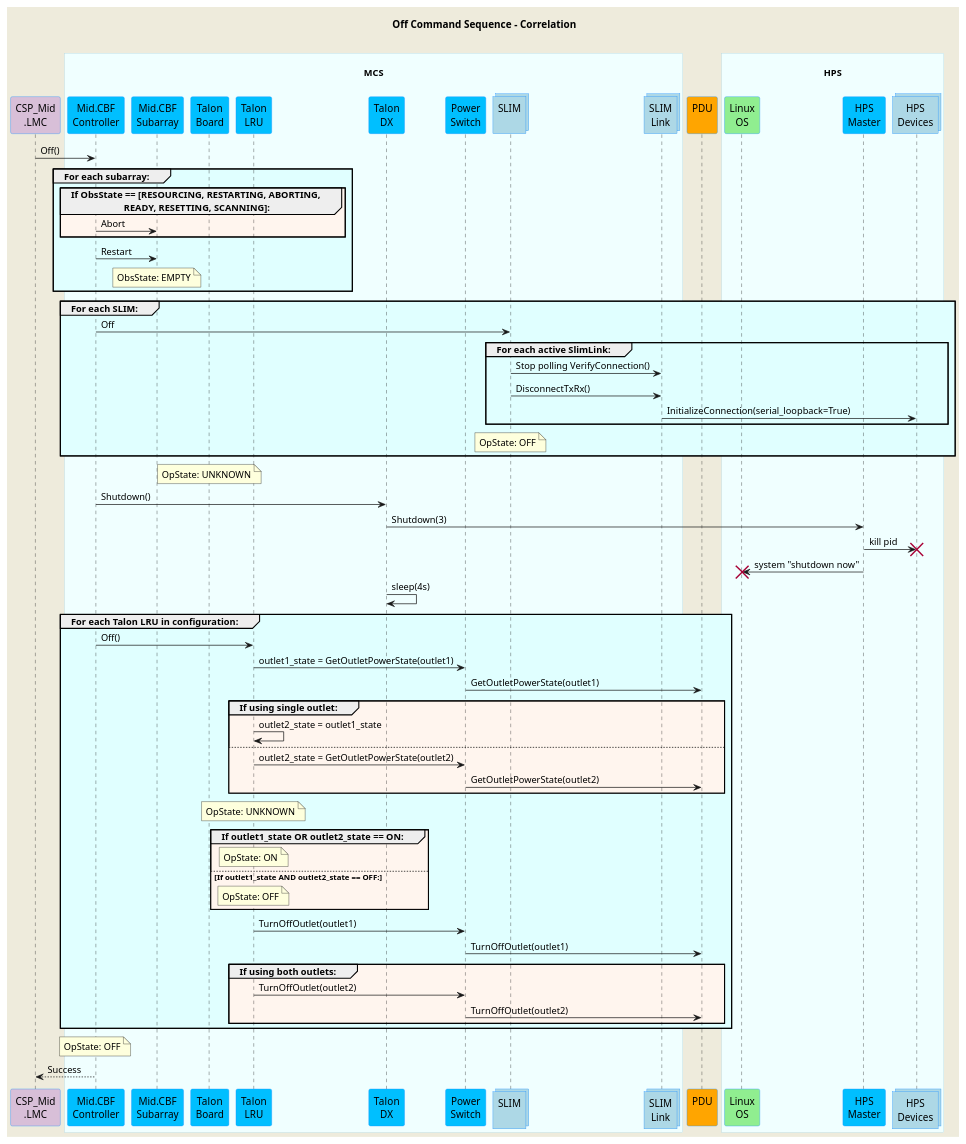
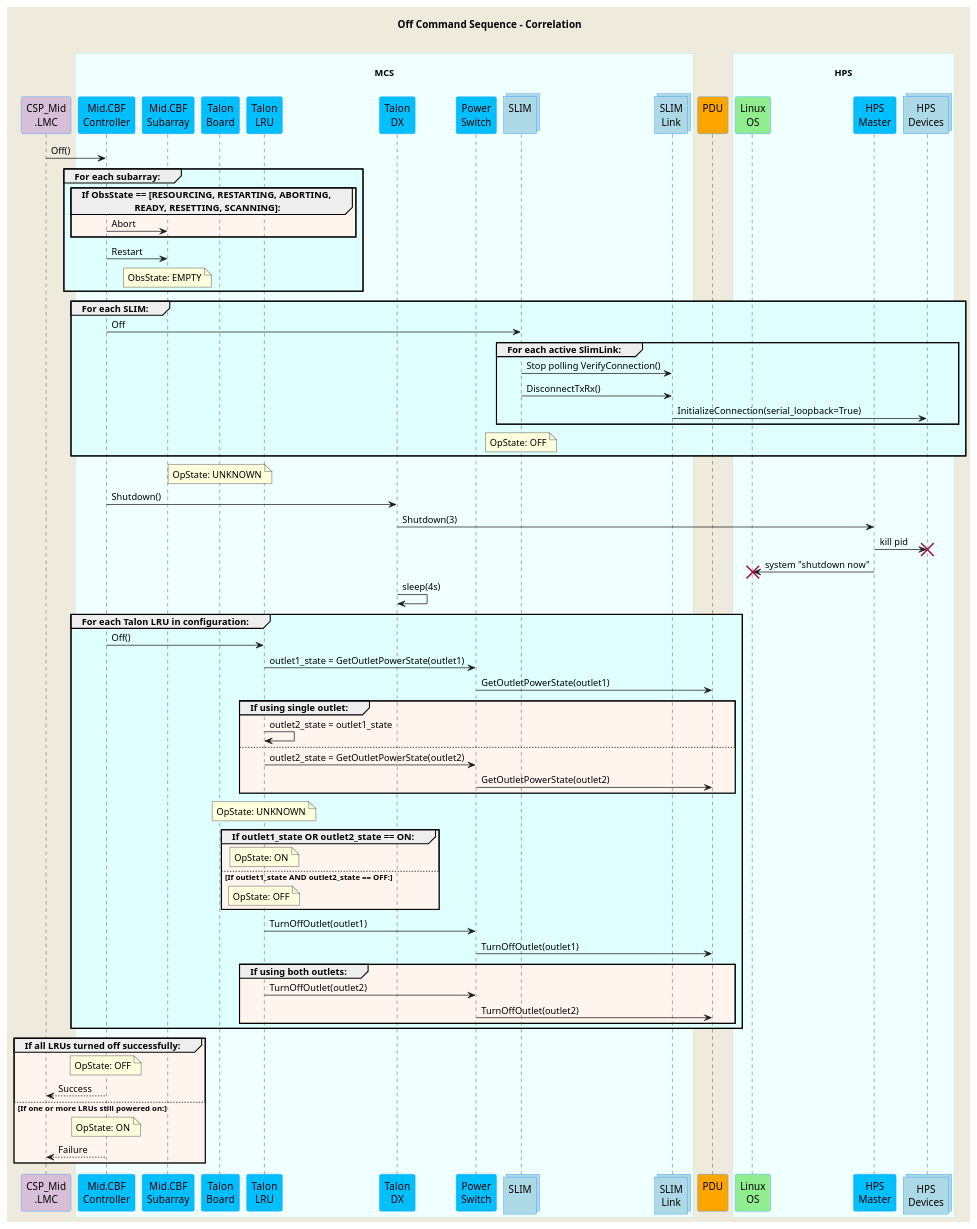
Before and after one commit to ska-telescope/mid-cbf-mcs: the diagram in docs/src/diagrams/off-command-sequence.puml, drawn with PlantUML. The commit also changed 1 other file, not shown here.

Commit message:
CIP-2659 update contrller on/off UML diagrams

```diff
--- a/docs/src/diagrams/off-command-sequence.puml
+++ b/docs/src/diagrams/off-command-sequence.puml
@@ -1,97 +1,102 @@
 @startuml
 'https://plantuml.com/sequence-diagram
 skinparam backgroundColor #EEEBDC
 skinparam sequence {
 ParticipantBorderColor DodgerBlue
 ParticipantBackgroundColor DeepSkyBlue
 ActorBorderColor DarkGreen
 ActorBackgroundColor Green
 BoxBorderColor LightBlue
 BoxBackgroundColor #F0FFFF
 }
 skinparam collections {
   BackGroundColor LightBlue
   BorderColor DodgerBlue
 }
 skinparam database {
   BackgroundColor LightGreen
   BorderColor DarkGreen
 }
 title Off Command Sequence - Correlation\n
 participant "CSP_Mid\n.LMC" as lmc #Thistle
 box "\nMCS\n"
   participant "Mid.CBF\nController" as controller
   participant "Mid.CBF\nSubarray" as subarray
   participant "Talon\nBoard" as talon_board
   participant "Talon\nLRU" as lru
   participant "Talon\nDX" as tdx
   participant "Power\nSwitch" as ps
   collections "SLIM\n" as slim
   collections "SLIM\nLink" as slimlink
 end box
 participant "PDU\n" as pdu #Orange
 box "\nHPS\n"
   participant "Linux\nOS" as os #LightGreen
   participant "HPS\nMaster" as hpsmaster
   collections "HPS\nDevices" as hpsdevices
 end box
 
 lmc -> controller : Off()
 
 group #LightCyan For each subarray:
 group #SeaShell If ObsState == [RESOURCING, RESTARTING, ABORTING,\n                      READY, RESETTING, SCANNING]:
 controller -> subarray        : Abort
 end
 
 controller -> subarray        : Restart
 note over subarray            : ObsState: EMPTY
 end loop
 
 group #LightCyan For each SLIM:
   controller ->  slim         : Off
 
   group #LightCyan For each active SlimLink:
     slim      ->  slimlink    : Stop polling VerifyConnection()
     slim      ->  slimlink    : DisconnectTxRx()
     slimlink  ->  hpsdevices  : InitializeConnection(serial_loopback=True)
   end 
   note over slim              : OpState: OFF
 end group
 
 note over talon_board          : OpState: UNKNOWN
 controller  ->  tdx            : Shutdown()
 tdx         ->  hpsmaster      : Shutdown(3)
 hpsmaster   ->  hpsdevices !!  : kill pid
 hpsmaster   ->  os !!          : system "shutdown now"
 tdx         ->  tdx            : sleep(4s)
 
 group #LightCyan For each Talon LRU in configuration:
   controller    ->  lru         : Off()
   lru           ->  ps          : outlet1_state = GetOutletPowerState(outlet1)
   ps            ->  pdu         : GetOutletPowerState(outlet1)
   group #SeaShell If using single outlet:
     lru         ->  lru         : outlet2_state = outlet1_state
     else
     lru         ->  ps          : outlet2_state = GetOutletPowerState(outlet2)
     ps          ->  pdu         : GetOutletPowerState(outlet2)
   end group
 
   note over lru                 : OpState: UNKNOWN
   group #SeaShell If outlet1_state OR outlet2_state == ON:
     note over lru               : OpState: ON
   else If outlet1_state AND outlet2_state == OFF:
     note over lru               : OpState: OFF
   end group
 
   lru           ->  ps          : TurnOffOutlet(outlet1)
   ps            ->  pdu         : TurnOffOutlet(outlet1)
   group #SeaShell If using both outlets:
     lru         ->  ps          : TurnOffOutlet(outlet2)
     ps          ->  pdu         : TurnOffOutlet(outlet2)
   end group
 end group
 
-note over controller           : OpState: OFF
-lmc        <--  controller     : Success
+group #SeaShell If all LRUs turned off successfully:
+  note over controller               : OpState: OFF
+  lmc           <--  controller   : Success
+else If one or more LRUs still powered on:
+  note over controller               : OpState: ON
+  lmc           <--  controller   : Failure
+end group
 
 @enduml
```
